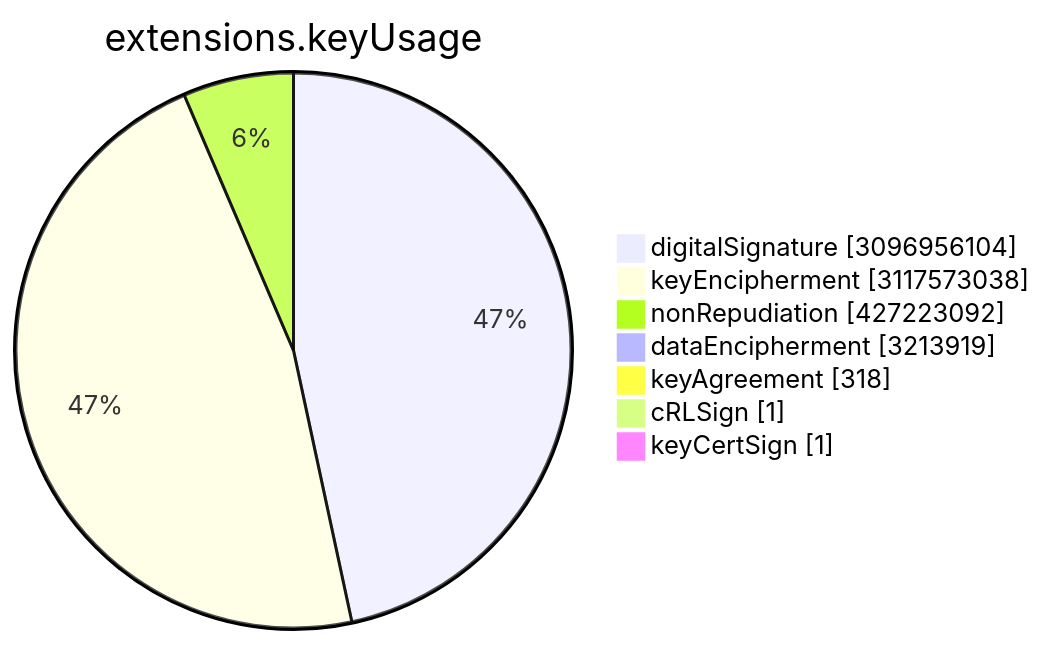
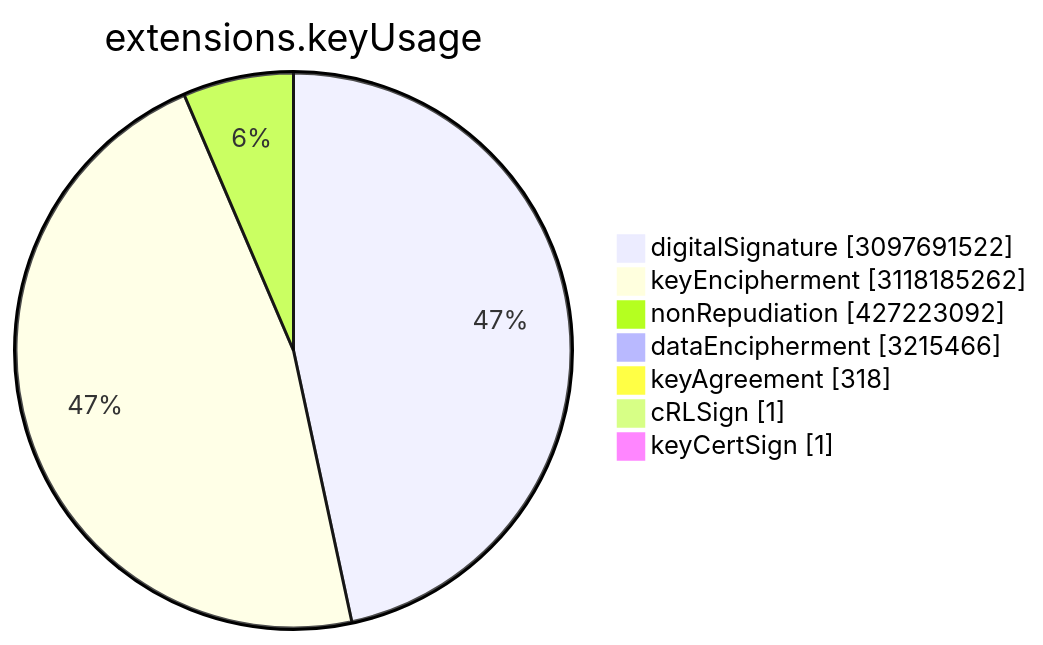
One commit to christiankrug/ctmonitor_visualization changed the sixth of 15 diagrams in TOTAL/README.md. Above: the diagram before and after it, drawn with Mermaid. The commit also changed other lines of this file, not shown here.

````diff
--- a/TOTAL/README.md
+++ b/TOTAL/README.md
@@ -3075,11 +3075,11 @@
 ```mermaid
 pie showData
 title extensions.keyUsage
-"digitalSignature" :3096956104
-"keyEncipherment" :3117573038
+"digitalSignature" :3097691522
+"keyEncipherment" :3118185262
 "nonRepudiation" :427223092
-"dataEncipherment" :3213919
+"dataEncipherment" :3215466
 "keyAgreement" :318
 "cRLSign" :1
 "keyCertSign" :1
 ```
````
